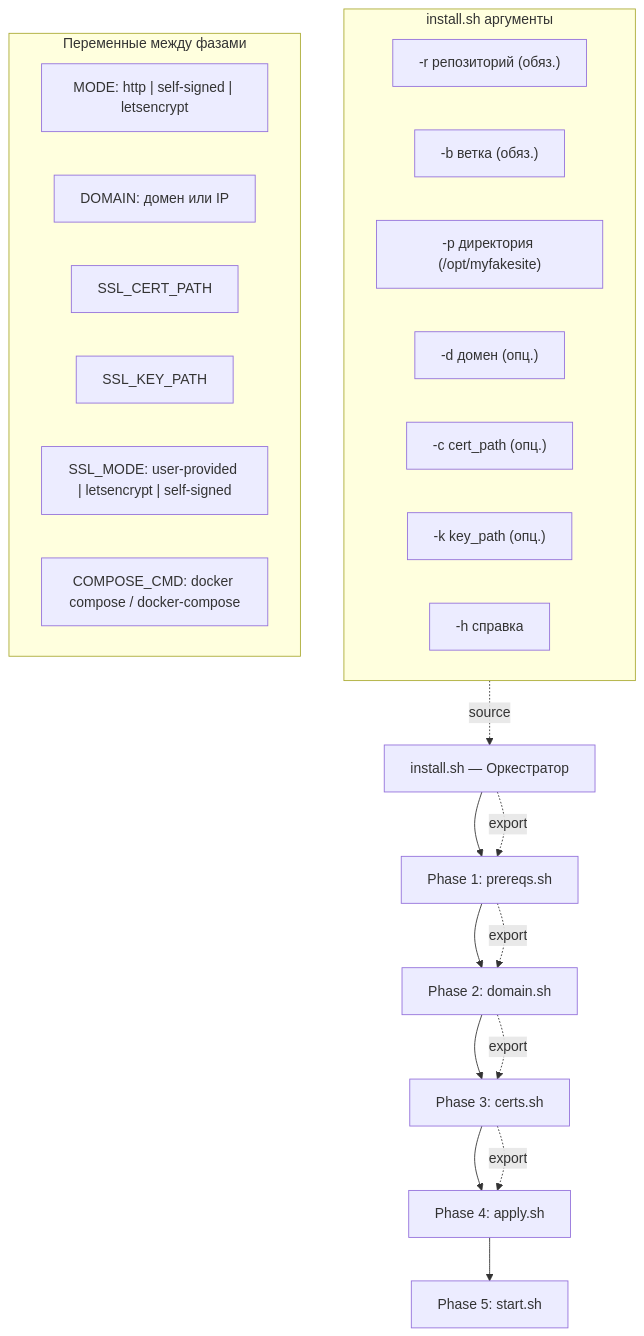
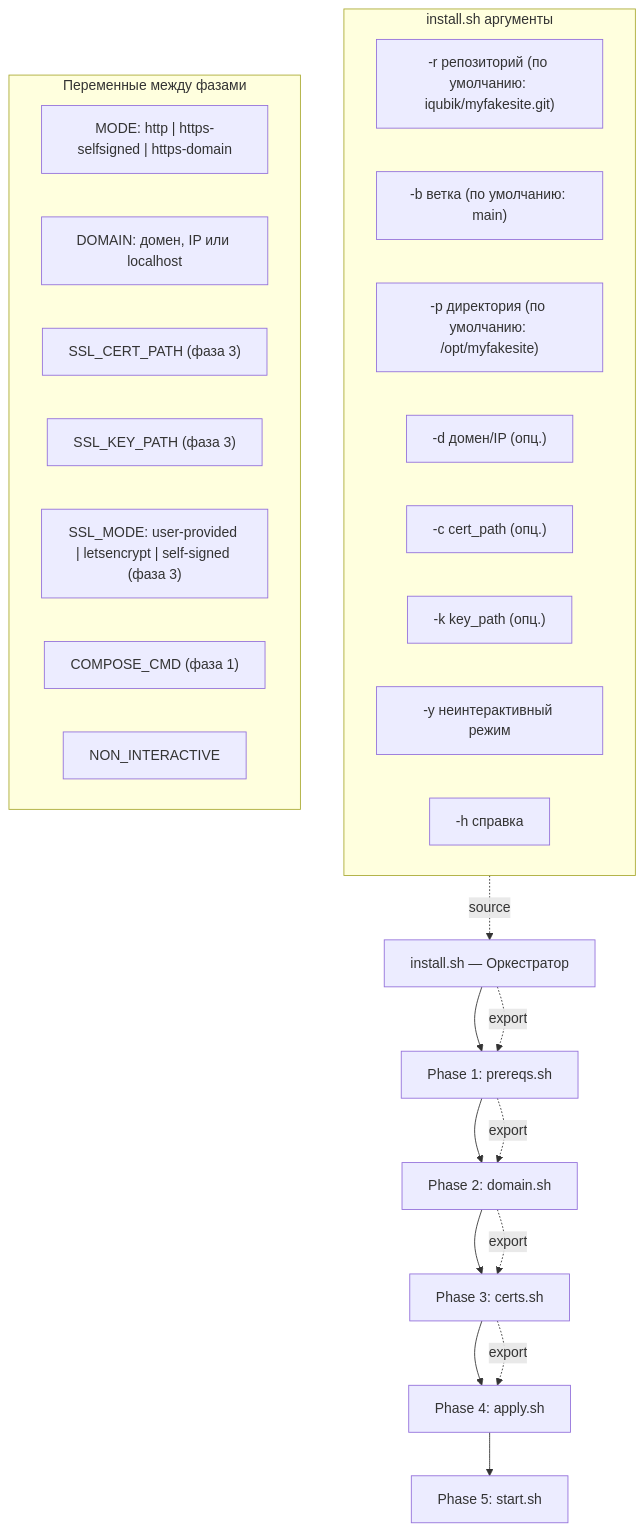
Before and after one commit to iqubik/myfakesite: the first of 11 diagrams in docs/architecture.md, drawn with Mermaid. The commit also changed other lines of this file, not shown here.

````diff
--- a/docs/architecture.md
+++ b/docs/architecture.md
@@ -6,33 +6,35 @@
 ```mermaid
 flowchart TD
   A["install.sh — Оркестратор"] --> B["Phase 1: prereqs.sh"]
   B --> C["Phase 2: domain.sh"]
   C --> D["Phase 3: certs.sh"]
   D --> E["Phase 4: apply.sh"]
   E --> F["Phase 5: start.sh"]
 
   subgraph INSTALL_ARGS [install.sh аргументы]
-    A1["-r репозиторий (обяз.)"]
-    A2["-b ветка (обяз.)"]
-    A3["-p директория (/opt/myfakesite)"]
-    A4["-d домен (опц.)"]
+    A1["-r репозиторий (по умолчанию: iqubik/myfakesite.git)"]
+    A2["-b ветка (по умолчанию: main)"]
+    A3["-p директория (по умолчанию: /opt/myfakesite)"]
+    A4["-d домен/IP (опц.)"]
     A5["-c cert_path (опц.)"]
     A6["-k key_path (опц.)"]
-    A7["-h справка"]
+    A7["-y неинтерактивный режим"]
+    A8["-h справка"]
   end
 
   subgraph EXPORT_CHAIN [Переменные между фазами]
-    E1["MODE: http | self-signed | letsencrypt"]
-    E2["DOMAIN: домен или IP"]
-    E3["SSL_CERT_PATH"]
-    E4["SSL_KEY_PATH"]
-    E5["SSL_MODE: user-provided | letsencrypt | self-signed"]
-    E6["COMPOSE_CMD: docker compose / docker-compose"]
+    E1["MODE: http | https-selfsigned | https-domain"]
+    E2["DOMAIN: домен, IP или localhost"]
+    E3["SSL_CERT_PATH (фаза 3)"]
+    E4["SSL_KEY_PATH (фаза 3)"]
+    E5["SSL_MODE: user-provided | letsencrypt | self-signed (фаза 3)"]
+    E6["COMPOSE_CMD (фаза 1)"]
+    E7["NON_INTERACTIVE"]
   end
 
   INSTALL_ARGS -.->|source| A
   A -.->|export| B
   B -.->|export| C
   C -.->|export| D
   D -.->|export| E
 ```
````
